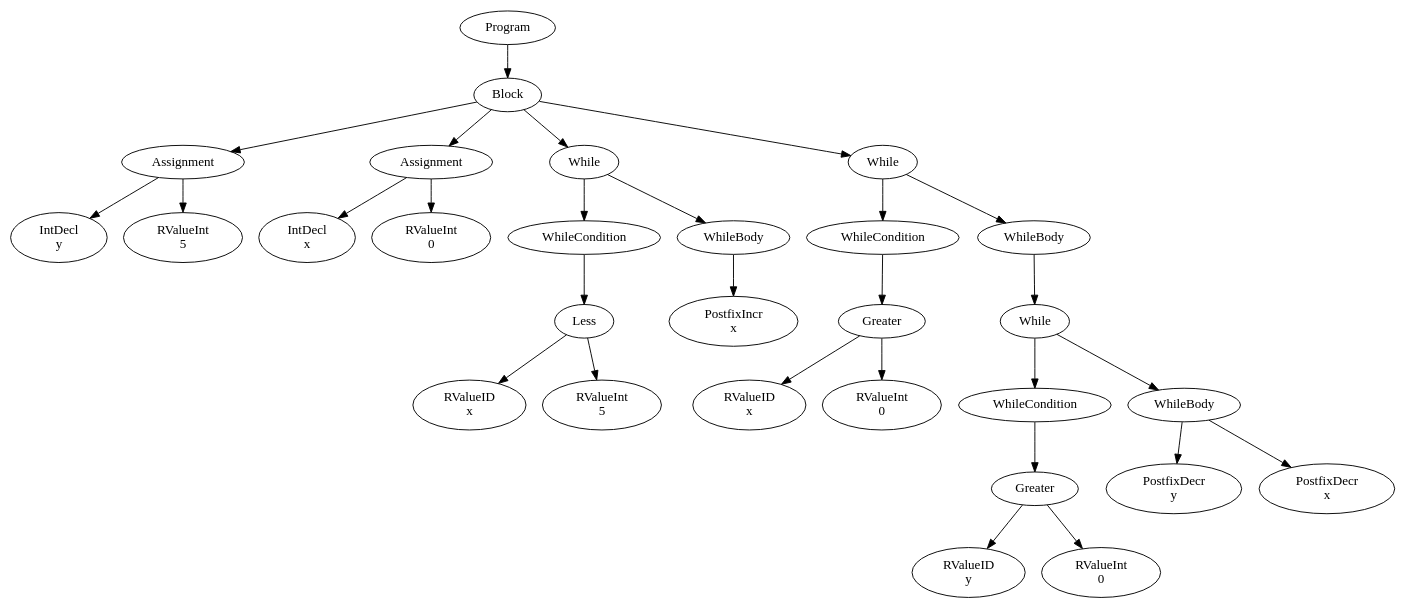
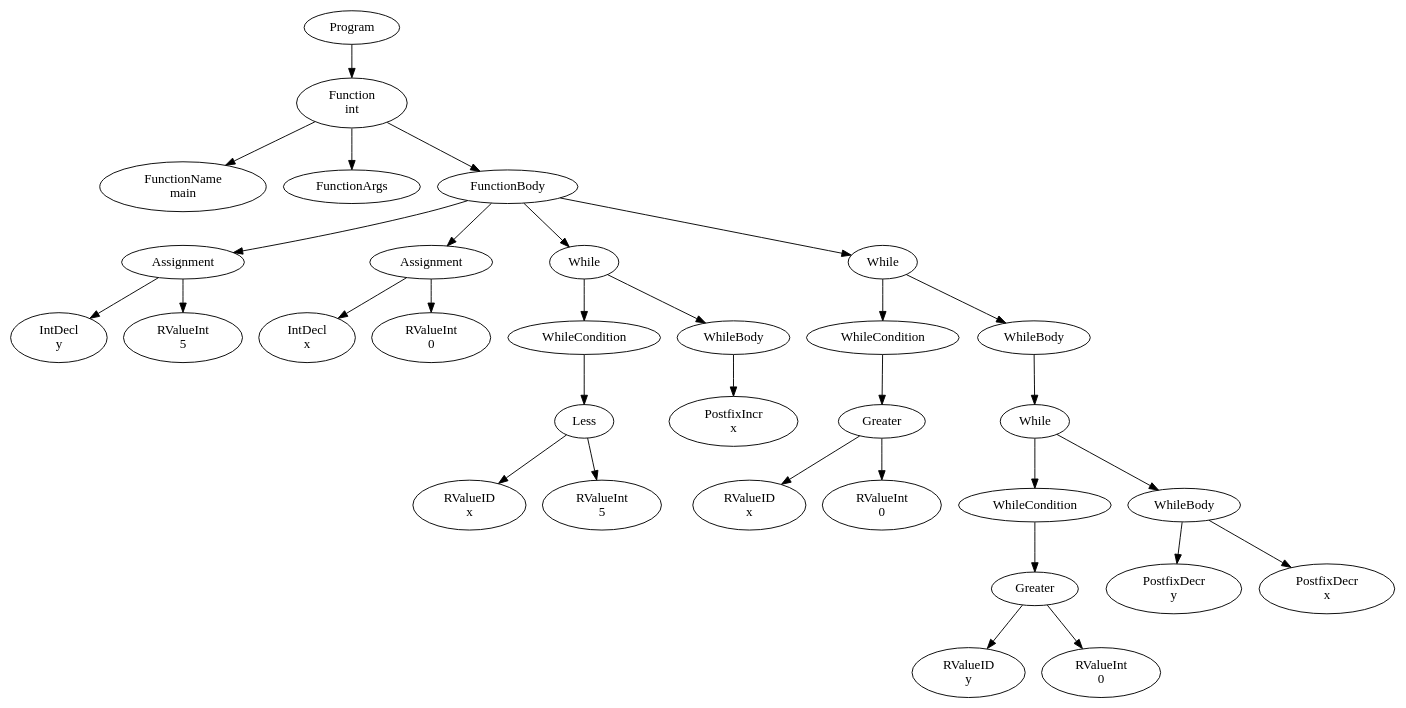
The diagram in official/res/solutions/while.dot (FedericoQuin/Compilers), drawn with Graphviz before and after one commit. The commit also changed 24 other files, not shown here.

```diff
--- a/official/res/solutions/while.dot
+++ b/official/res/solutions/while.dot
@@ -1,59 +1,65 @@
 digraph AST {
-0 [label="Program"];
-1 [label="Block"];
-2 [label="Assignment"];
-3 [label="IntDecl \ny"];
-4 [label="RValueInt \n5"];
+1 [label="Program"];
+2 [label="Function \nint"];
+3 [label="FunctionName \nmain"];
+4 [label="FunctionArgs"];
+5 [label="FunctionBody"];
+6 [label="Assignment"];
+7 [label="IntDecl \ny"];
+8 [label="RValueInt \n5"];
+6 -> 7;
+6 -> 8;
+9 [label="Assignment"];
+10 [label="IntDecl \nx"];
+11 [label="RValueInt \n0"];
+9 -> 10;
+9 -> 11;
+12 [label="While"];
+13 [label="WhileCondition"];
+14 [label="Less"];
+15 [label="RValueID \nx"];
+16 [label="RValueInt \n5"];
+14 -> 15;
+14 -> 16;
+13 -> 14;
+17 [label="WhileBody"];
+18 [label="PostfixIncr \nx"];
+17 -> 18;
+12 -> 13;
+12 -> 17;
+19 [label="While"];
+20 [label="WhileCondition"];
+21 [label="Greater"];
+22 [label="RValueID \nx"];
+23 [label="RValueInt \n0"];
+21 -> 22;
+21 -> 23;
+20 -> 21;
+24 [label="WhileBody"];
+25 [label="While"];
+26 [label="WhileCondition"];
+27 [label="Greater"];
+28 [label="RValueID \ny"];
+29 [label="RValueInt \n0"];
+27 -> 28;
+27 -> 29;
+26 -> 27;
+30 [label="WhileBody"];
+31 [label="PostfixDecr \ny"];
+32 [label="PostfixDecr \nx"];
+30 -> 31;
+30 -> 32;
+25 -> 26;
+25 -> 30;
+24 -> 25;
+19 -> 20;
+19 -> 24;
+5 -> 6;
+5 -> 9;
+5 -> 12;
+5 -> 19;
 2 -> 3;
 2 -> 4;
-5 [label="Assignment"];
-6 [label="IntDecl \nx"];
-7 [label="RValueInt \n0"];
-5 -> 6;
-5 -> 7;
-8 [label="While"];
-9 [label="WhileCondition"];
-10 [label="Less"];
-11 [label="RValueID \nx"];
-12 [label="RValueInt \n5"];
-10 -> 11;
-10 -> 12;
-9 -> 10;
-13 [label="WhileBody"];
-14 [label="PostfixIncr \nx"];
-13 -> 14;
-8 -> 9;
-8 -> 13;
-15 [label="While"];
-16 [label="WhileCondition"];
-17 [label="Greater"];
-18 [label="RValueID \nx"];
-19 [label="RValueInt \n0"];
-17 -> 18;
-17 -> 19;
-16 -> 17;
-20 [label="WhileBody"];
-21 [label="While"];
-22 [label="WhileCondition"];
-23 [label="Greater"];
-24 [label="RValueID \ny"];
-25 [label="RValueInt \n0"];
-23 -> 24;
-23 -> 25;
-22 -> 23;
-26 [label="WhileBody"];
-27 [label="PostfixDecr \ny"];
-28 [label="PostfixDecr \nx"];
-26 -> 27;
-26 -> 28;
-21 -> 22;
-21 -> 26;
-20 -> 21;
-15 -> 16;
-15 -> 20;
+2 -> 5;
 1 -> 2;
-1 -> 5;
-1 -> 8;
-1 -> 15;
-0 -> 1;
 }
```
